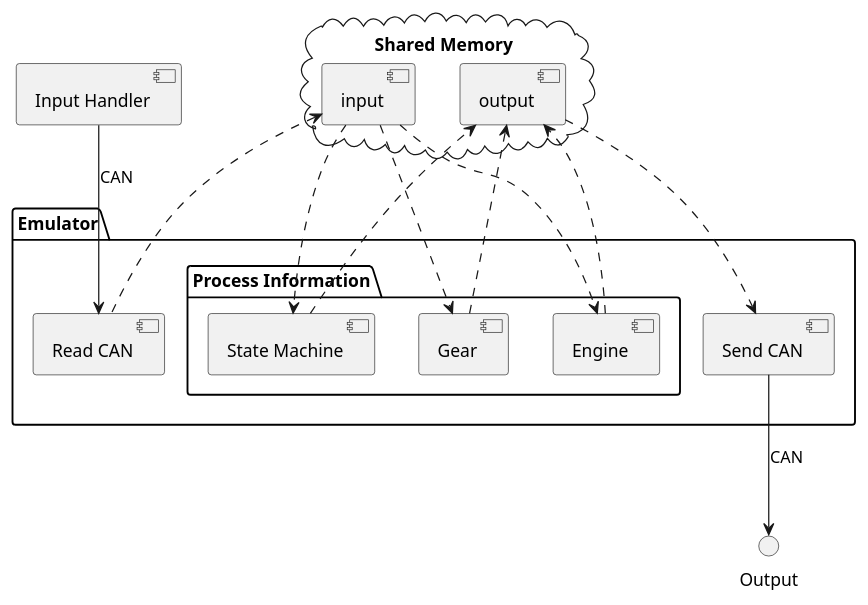
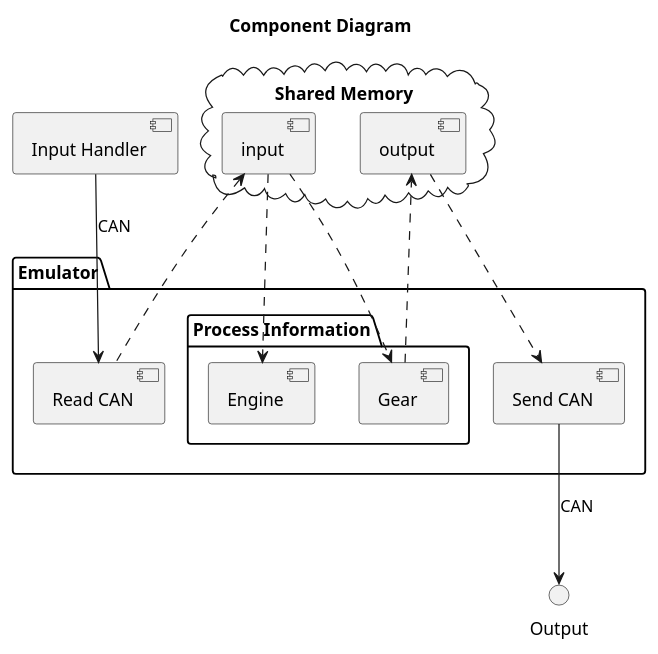
One commit to SubspaceBob/bootcamp_project changed the diagram in docs/src/component_diagram.wsd. Above: the diagram before and after it, drawn with PlantUML. The commit also changed 4 other files, not shown here.

```diff
--- a/docs/src/component_diagram.wsd
+++ b/docs/src/component_diagram.wsd
@@ -1,31 +1,29 @@
 @startuml
+title Component Diagram
 package "Emulator"{
     [Read CAN]
     package "Process Information" {
-        [State Machine] 
         [Engine]
         [Gear]
     } 
     [Send CAN]    
 }
 cloud "Shared Memory"{
     [input]
     [output]
 }
 
 [Input Handler] --> [Read CAN] : CAN
 [input] <.. [Read CAN]
 
-[input] ..> [State Machine]
 [input] ..> [Engine]
 [input] ..> [Gear]
 
-[State Machine] ..> [output]
-[Engine] ..> [output]
+[Engine]
 [Gear] ..> [output]
 
 [output] ..> [Send CAN]
 
 [Send CAN] --> Output : CAN
 
 @enduml
```
